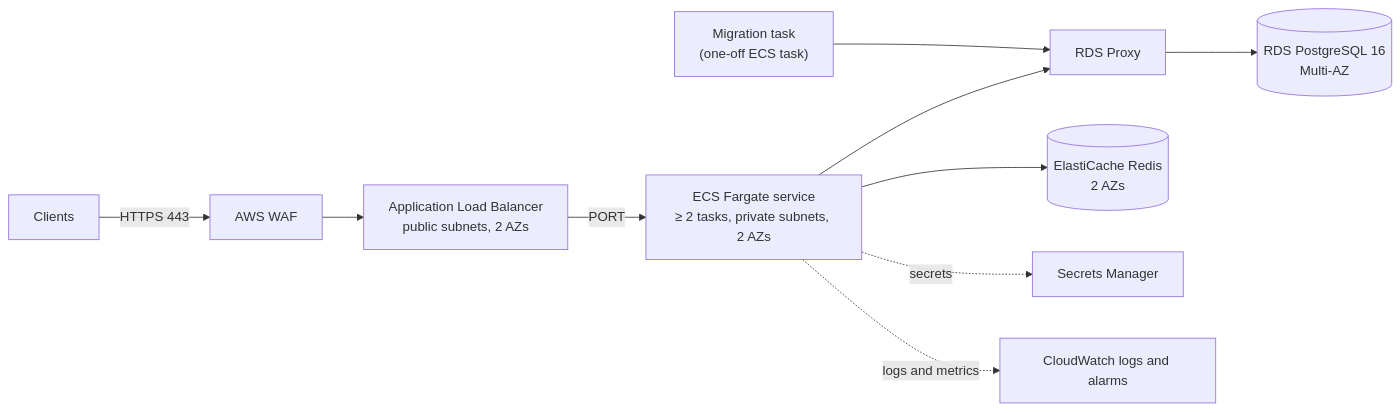
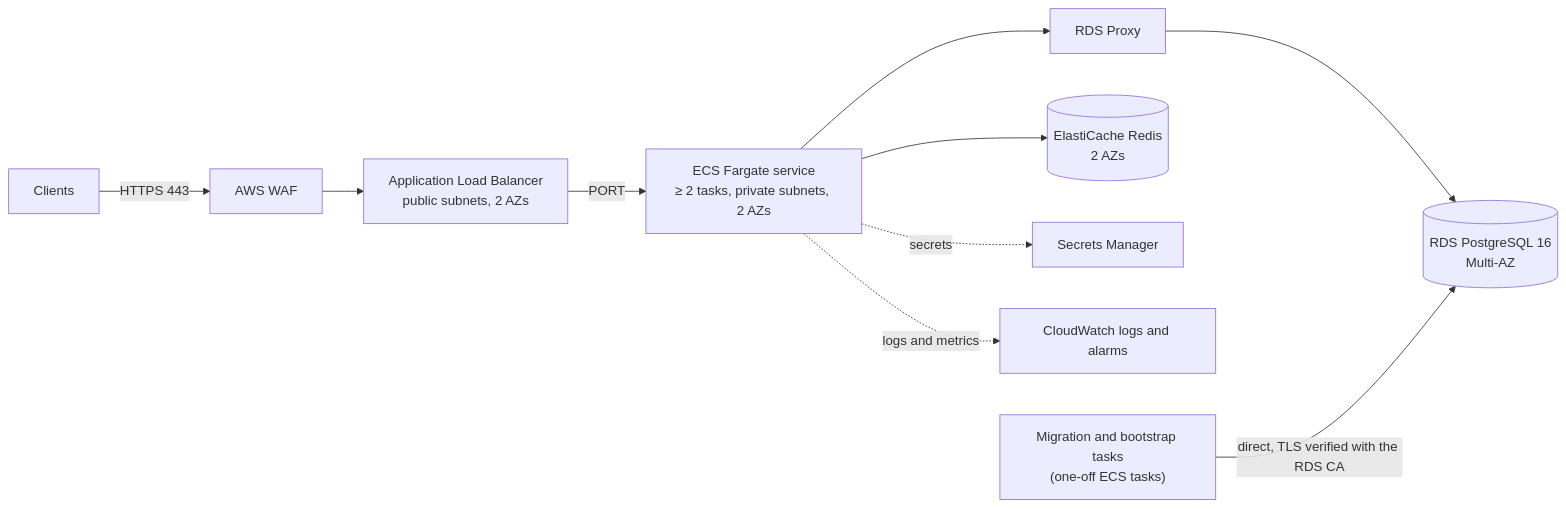
Before and after one commit to torsello/supercool-finances: the diagram in specs/008-deployment/spec.md, drawn with Mermaid. The commit also changed other lines of this file and 144 other files, not shown here.

````diff
--- a/specs/008-deployment/spec.md
+++ b/specs/008-deployment/spec.md
@@ -48,11 +48,11 @@
 ```mermaid
 flowchart LR
   U[Clients] -->|HTTPS 443| WAF[AWS WAF]
   WAF --> ALB["Application Load Balancer<br/>public subnets, 2 AZs"]
   ALB -->|PORT| ECS["ECS Fargate service<br/>≥ 2 tasks, private subnets, 2 AZs"]
   ECS --> PX[RDS Proxy] --> RDS[("RDS PostgreSQL 16<br/>Multi-AZ")]
   ECS --> EC[("ElastiCache Redis<br/>2 AZs")]
   ECS -.secrets.-> SM[Secrets Manager]
   ECS -.logs and metrics.-> CW[CloudWatch logs and alarms]
-  MIG["Migration task<br/>(one-off ECS task)"] --> PX
+  MIG["Migration and bootstrap tasks<br/>(one-off ECS tasks)"] -->|direct, TLS verified with the RDS CA| RDS
 ```
````
